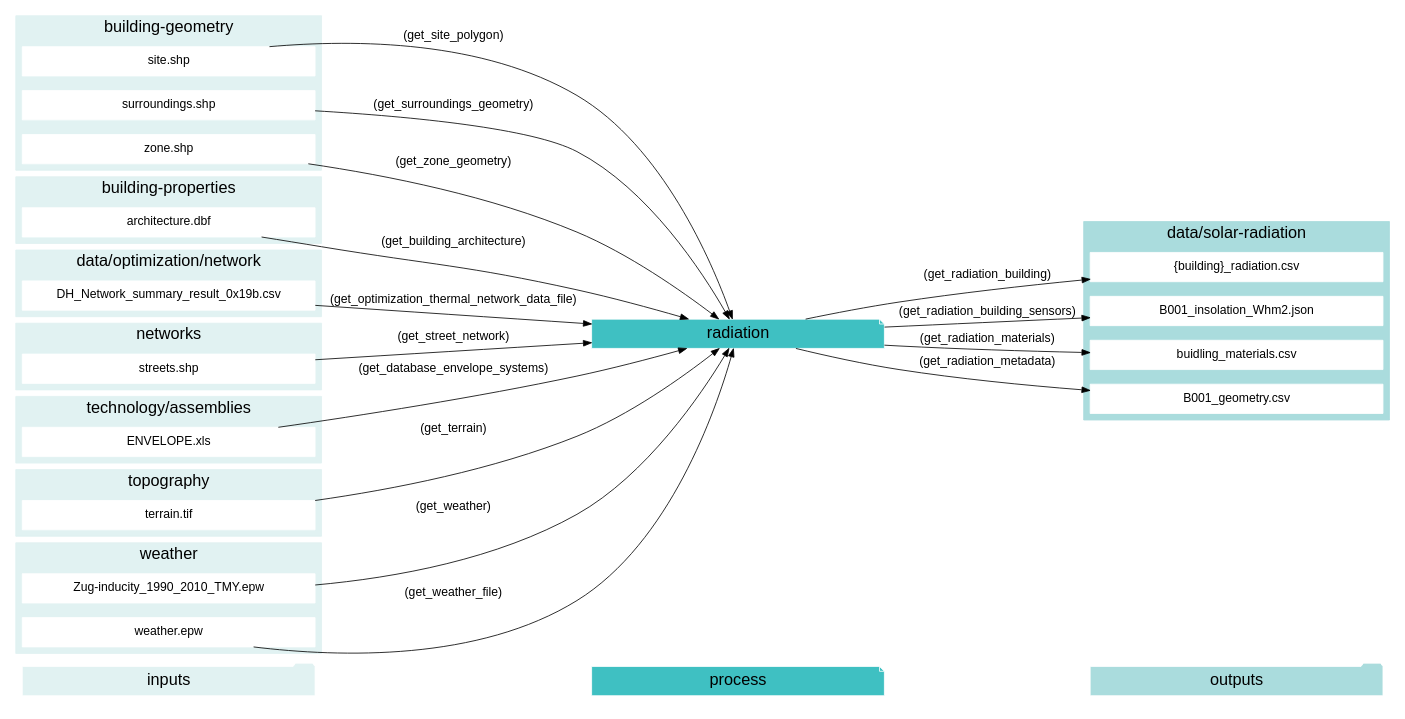
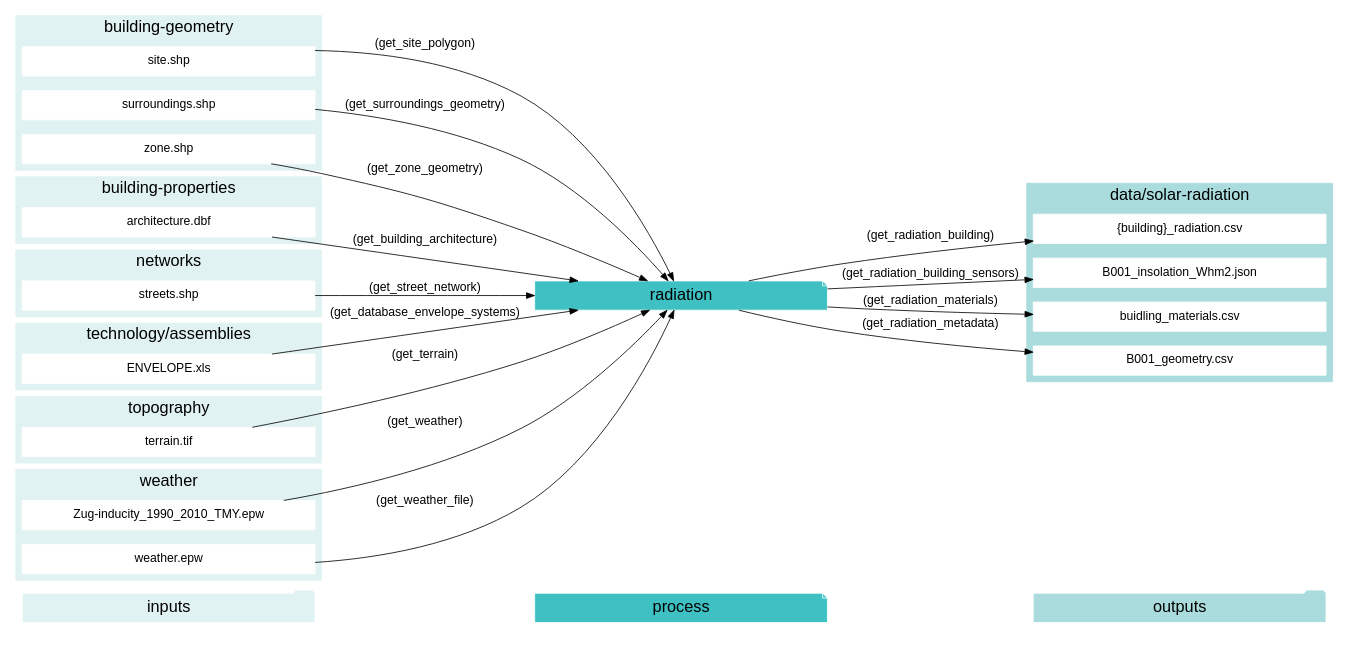
Before and after one commit to architecture-building-systems/CityEnergyAnalyst: the fourth of 23 diagrams in docs/script-data-flow.rst, drawn with Graphviz. The commit also changed other lines of this file and 25 other files, not shown here.

Commit message:
working on the graphviz output

```diff
--- a/docs/script-data-flow.rst
+++ b/docs/script-data-flow.rst
@@ -380,15 +353,7 @@
         label="building-properties";
         "architecture.dbf"
     }
-    subgraph cluster_2_in {
-        style = filled;
-        color = "#E1F2F2";
-        fontsize = 20;
-        rank=same;
-        label="data/optimization/network";
-        "DH_Network_summary_result_0x19b.csv"
-    }
-    subgraph cluster_3_out {
+    subgraph cluster_2_out {
         style = filled;
         color = "#aadcdd";
         fontsize = 20;
@@ -399,7 +364,7 @@
         "buidling_materials.csv"
         "B001_geometry.csv"
     }
-    subgraph cluster_4_in {
+    subgraph cluster_3_in {
         style = filled;
         color = "#E1F2F2";
         fontsize = 20;
@@ -407,7 +372,7 @@
         label="networks";
         "streets.shp"
     }
-    subgraph cluster_5_in {
+    subgraph cluster_4_in {
         style = filled;
         color = "#E1F2F2";
         fontsize = 20;
@@ -415,7 +380,7 @@
         label="technology/assemblies";
         "ENVELOPE.xls"
     }
-    subgraph cluster_6_in {
+    subgraph cluster_5_in {
         style = filled;
         color = "#E1F2F2";
         fontsize = 20;
@@ -423,7 +388,7 @@
         label="topography";
         "terrain.tif"
     }
-    subgraph cluster_7_in {
+    subgraph cluster_6_in {
         style = filled;
         color = "#E1F2F2";
         fontsize = 20;
@@ -434,7 +399,6 @@
     }
     "architecture.dbf" -> "radiation"[label="(get_building_architecture)"]
     "ENVELOPE.xls" -> "radiation"[label="(get_database_envelope_systems)"]
-    "DH_Network_summary_result_0x19b.csv" -> "radiation"[label="(get_optimization_thermal_network_data_file)"]
     "site.shp" -> "radiation"[label="(get_site_polygon)"]
     "streets.shp" -> "radiation"[label="(get_street_network)"]
     "surroundings.shp" -> "radiation"[label="(get_surroundings_geometry)"]
```
